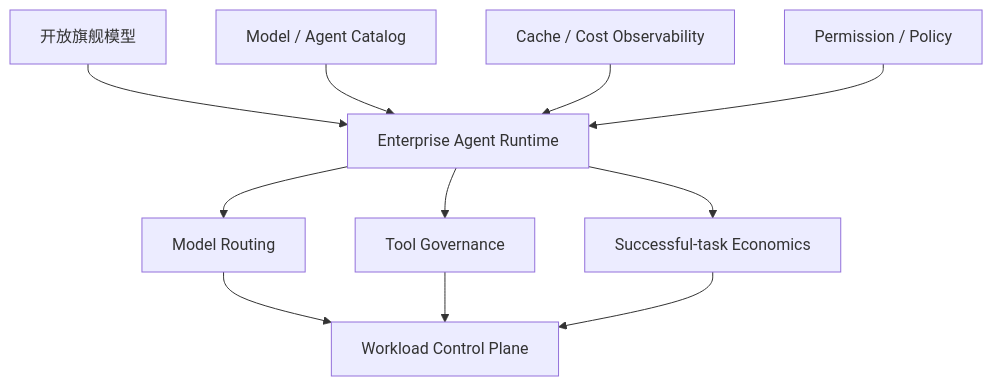
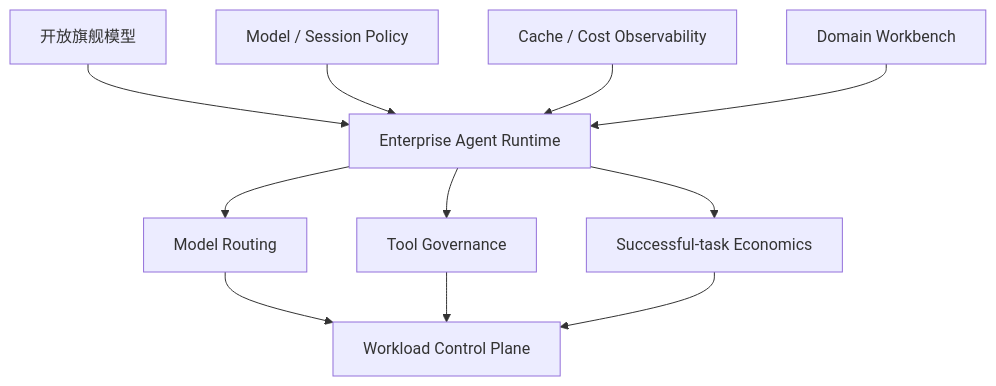
Before and after one commit to wlf186/ai-daily-headlines: the tenth of 20 diagrams in 260829.md, drawn with Mermaid. The commit also changed other lines of this file, not shown here.

````diff
--- a/260829.md
+++ b/260829.md
@@ -553,13 +476,13 @@
 ```mermaid
 flowchart TD
     T1[开放旗舰模型] --> T5[Enterprise Agent Runtime]
-    T2[Model / Agent Catalog] --> T5
+    T2[Model / Session Policy] --> T5
     T3[Cache / Cost Observability] --> T5
-    T4[Permission / Policy] --> T5
+    T4[Domain Workbench] --> T5
     T5 --> T6[Model Routing]
     T5 --> T7[Tool Governance]
     T5 --> T8[Successful-task Economics]
     T6 --> T9[Workload Control Plane]
     T7 --> T9
     T8 --> T9
 ```
````
